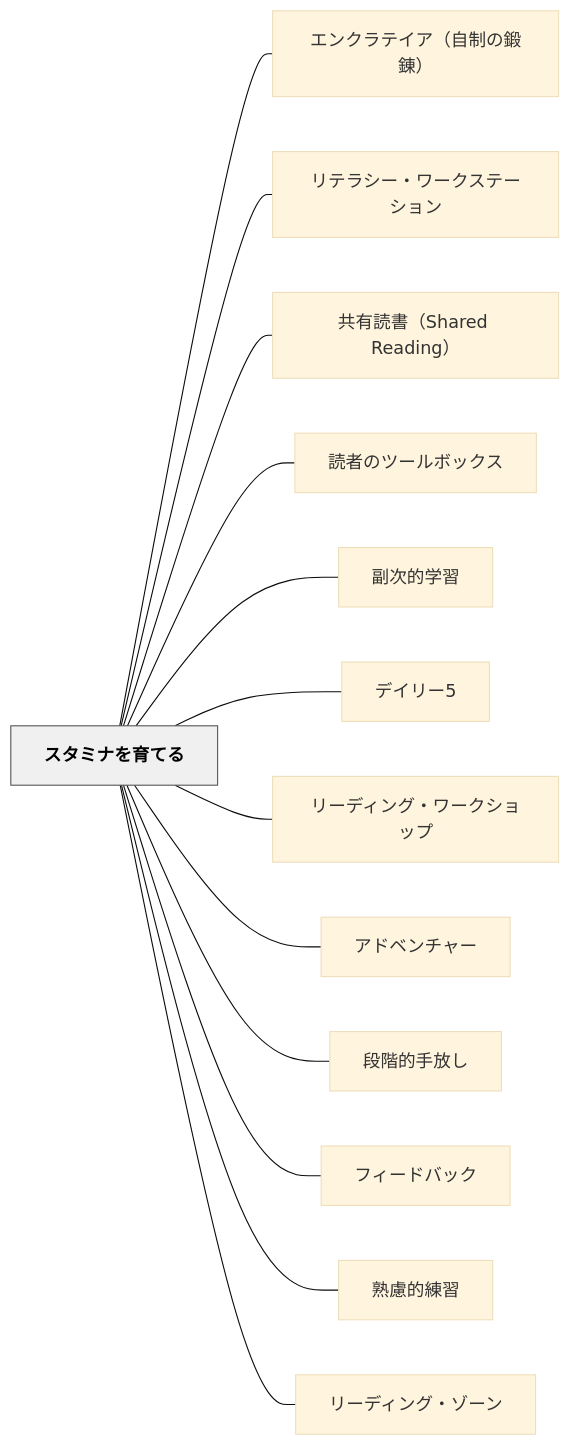
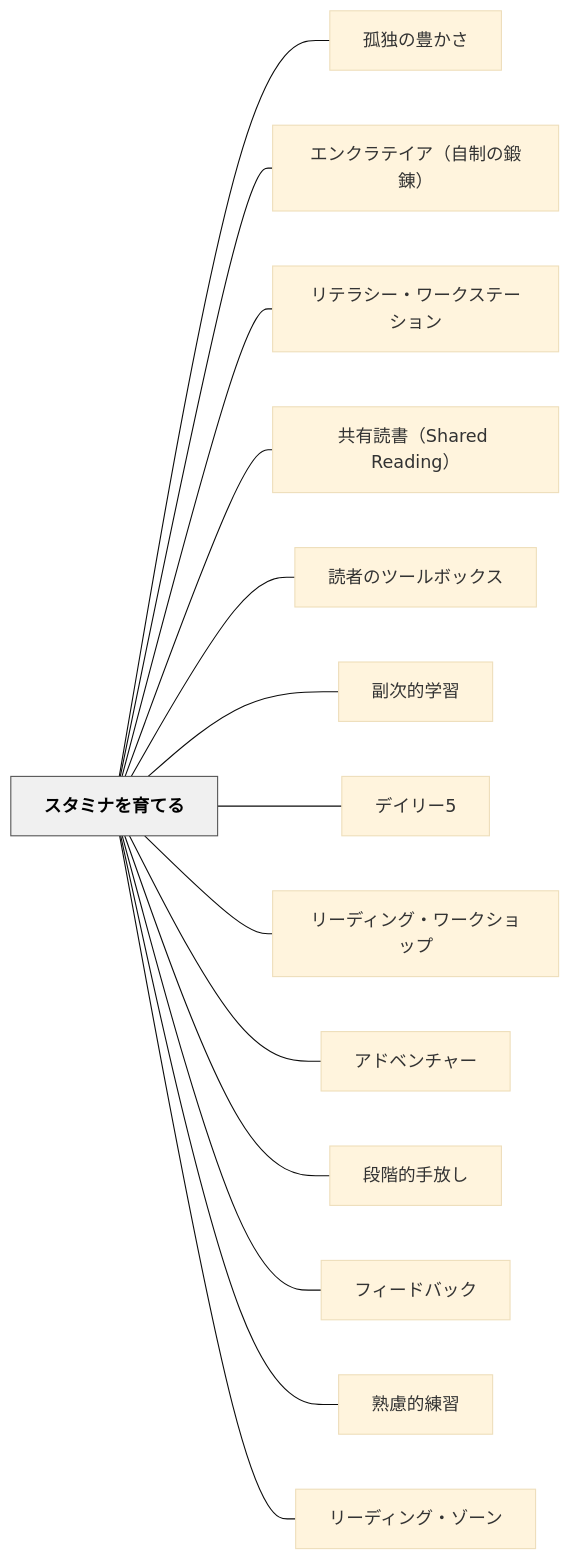
Before and after one commit to unknownthings-ed-patterns/unknownthings-ed-patterns: the diagram in content/パタン/スタミナを育てる.md, drawn with Mermaid (base theme). The commit also changed other lines of this file and 21 other files, not shown here.

````diff
--- a/content/パタン/スタミナを育てる.md
+++ b/content/パタン/スタミナを育てる.md
@@ -243,32 +244,34 @@
 ```mermaid
 flowchart LR
     ne382b9e382bfe3839fe3838ae38292e882b2e381a6e3828b["スタミナを育てる"]
+    ne5ada4e78bace381aee8b18ae3818be38195["孤独の豊かさ"]
     ne382a8e383b3e382afe383a9e38386e382a4e382a2efbc88e887aae588b6e381aee98d9be98cacefbc89["エンクラテイア（自制の鍛錬）"]
     ne383aae38386e383a9e382b7e383bce383bbe383afe383bce382afe382b9e38386e383bce382b7e383a7e383b3["リテラシー・ワークステーション"]
     ne585b1e69c89e8aaade69bb8efbc885368617265642052656164696e67efbc89["共有読書（Shared Reading）"]
     ne8aaade88085e381aee38384e383bce383abe3839ce38383e382afe382b9["読者のツールボックス"]
     ne589afe6aca1e79a84e5ada6e7bf92["副次的学習"]
     ne38387e382a4e383aae383bc35["デイリー5"]
     ne383aae383bce38387e382a3e383b3e382b0e383bbe383afe383bce382afe382b7e383a7e38383e38397["リーディング・ワークショップ"]
     ne382a2e38389e38399e383b3e38381e383a3e383bc["アドベンチャー"]
     ne6aeb5e99a8ee79a84e6898be694bee38197["段階的手放し"]
     ne38395e382a3e383bce38389e38390e38383e382af["フィードバック"]
     ne7869fe685aee79a84e7b7b4e7bf92["熟慮的練習"]
     ne383aae383bce38387e382a3e383b3e382b0e383bbe382bee383bce383b3["リーディング・ゾーン"]
 
+    ne382b9e382bfe3839fe3838ae38292e882b2e381a6e3828b --- ne5ada4e78bace381aee8b18ae3818be38195
     ne382b9e382bfe3839fe3838ae38292e882b2e381a6e3828b --- ne382a8e383b3e382afe383a9e38386e382a4e382a2efbc88e887aae588b6e381aee98d9be98cacefbc89
     ne382b9e382bfe3839fe3838ae38292e882b2e381a6e3828b --- ne383aae38386e383a9e382b7e383bce383bbe383afe383bce382afe382b9e38386e383bce382b7e383a7e383b3
     ne382b9e382bfe3839fe3838ae38292e882b2e381a6e3828b --- ne585b1e69c89e8aaade69bb8efbc885368617265642052656164696e67efbc89
     ne382b9e382bfe3839fe3838ae38292e882b2e381a6e3828b --- ne8aaade88085e381aee38384e383bce383abe3839ce38383e382afe382b9
     ne382b9e382bfe3839fe3838ae38292e882b2e381a6e3828b --- ne589afe6aca1e79a84e5ada6e7bf92
     ne382b9e382bfe3839fe3838ae38292e882b2e381a6e3828b --- ne38387e382a4e383aae383bc35
     ne382b9e382bfe3839fe3838ae38292e882b2e381a6e3828b --- ne383aae383bce38387e382a3e383b3e382b0e383bbe383afe383bce382afe382b7e383a7e38383e38397
     ne382b9e382bfe3839fe3838ae38292e882b2e381a6e3828b --- ne382a2e38389e38399e383b3e38381e383a3e383bc
     ne382b9e382bfe3839fe3838ae38292e882b2e381a6e3828b --- ne6aeb5e99a8ee79a84e6898be694bee38197
     ne382b9e382bfe3839fe3838ae38292e882b2e381a6e3828b --- ne38395e382a3e383bce38389e38390e38383e382af
     ne382b9e382bfe3839fe3838ae38292e882b2e381a6e3828b --- ne7869fe685aee79a84e7b7b4e7bf92
     ne382b9e382bfe3839fe3838ae38292e882b2e381a6e3828b --- ne383aae383bce38387e382a3e383b3e382b0e383bbe382bee383bce383b3
 
     classDef hub fill:#f0f0f0,stroke:#555,color:#000,font-weight:bold
     class ne382b9e382bfe3839fe3838ae38292e882b2e381a6e3828b hub
 ```
````
